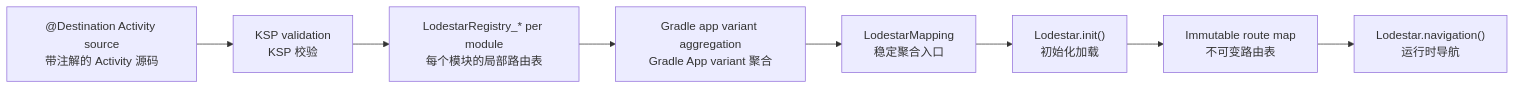
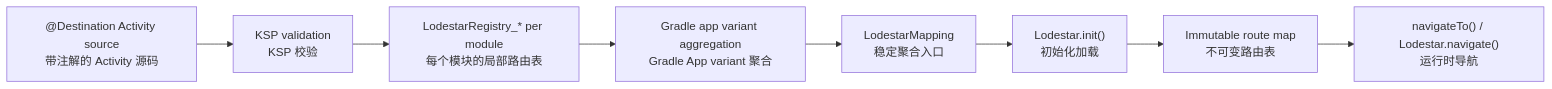
The third of 3 diagrams in README.md (oayilix/lodestar), drawn with Mermaid before and after one commit. The commit also changed other lines of this file and 5 other files, not shown here.

````diff
--- a/README.md
+++ b/README.md
@@ -333,19 +335,19 @@
 ```mermaid
 flowchart LR
     Source["@Destination Activity source\n带注解的 Activity 源码"]
     Validate["KSP validation\nKSP 校验"]
     Registry["LodestarRegistry_* per module\n每个模块的局部路由表"]
     Aggregate["Gradle app variant aggregation\nGradle App variant 聚合"]
     Mapping["LodestarMapping\n稳定聚合入口"]
     Init["Lodestar.init()\n初始化加载"]
     ImmutableMap["Immutable route map\n不可变路由表"]
-    Navigate["Lodestar.navigation()\n运行时导航"]
+    Navigate["navigateTo() / Lodestar.navigate()\n运行时导航"]
 
     Source --> Validate
     Validate --> Registry
     Registry --> Aggregate
     Aggregate --> Mapping
     Mapping --> Init
     Init --> ImmutableMap
     ImmutableMap --> Navigate
 ```
````
